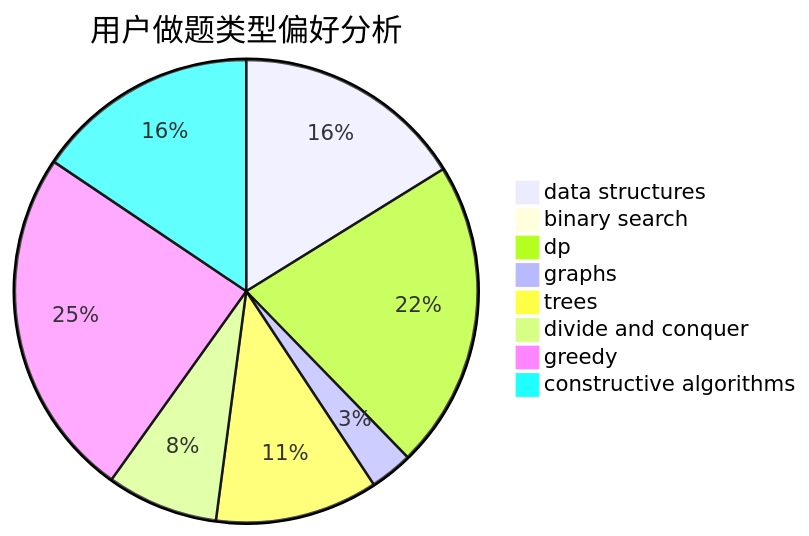
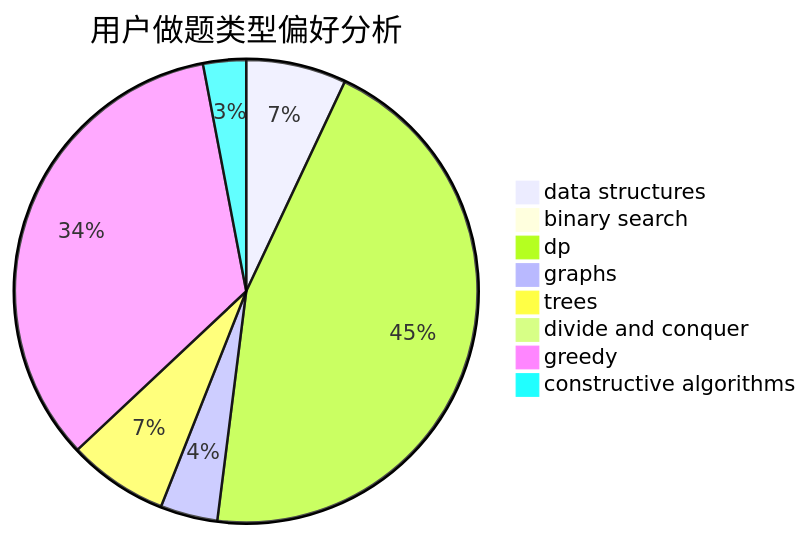
The second of 3 diagrams in docs/user/u2230.md (sherpahu/cfrs.github.io), drawn with Mermaid before and after one commit. The commit also changed other lines of this file and 2770 other files, not shown here.

````diff
--- a/docs/user/u2230.md
+++ b/docs/user/u2230.md
@@ -23,11 +23,11 @@
 ```mermaid
 pie title 用户做题类型偏好分析
-    "data structures" :  27
+    "data structures" :  7
     "binary search" :  0
-    "dp" :  36
-    "graphs" :  5
-    "trees" :  19
-    "divide and conquer" :  13
-    "greedy" :  41
-    "constructive algorithms" :  26
+    "dp" :  45
+    "graphs" :  4
+    "trees" :  7
+    "divide and conquer" :  0
+    "greedy" :  34
+    "constructive algorithms" :  3
 ```
````
